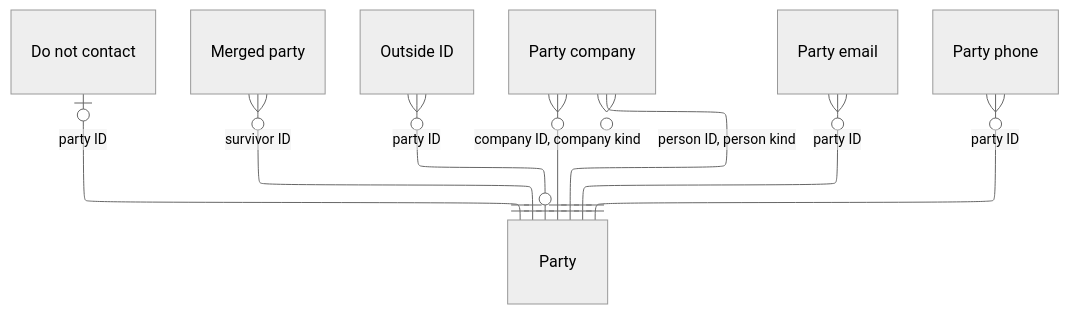
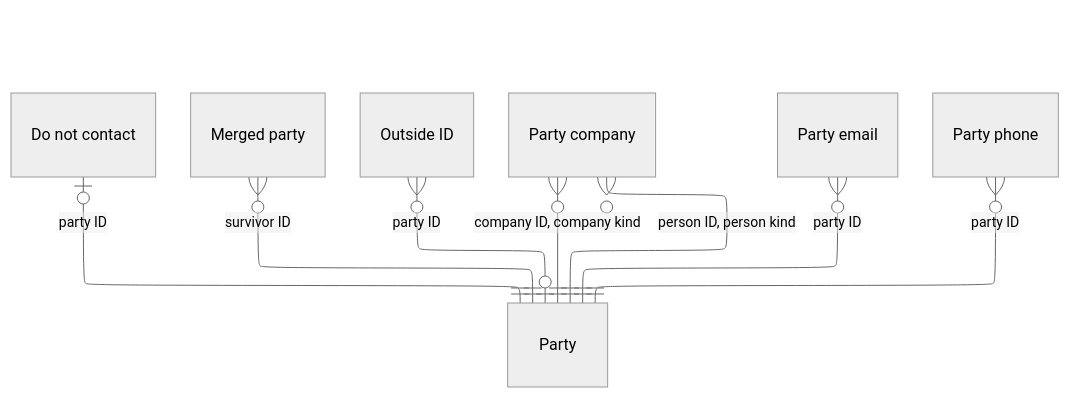
The diagram in docs/database/tables/viewpoint-people.md (DoctorCRE/doctorcre-engine), drawn with Mermaid (neutral theme) before and after one commit. The commit also changed 4 other files, not shown here.

Commit message:
Clear diagram headings and show links from Deals

````diff
--- a/docs/database/tables/viewpoint-people.md
+++ b/docs/database/tables/viewpoint-people.md
@@ -3,24 +3,26 @@
 ```mermaid
 ---
+title: "\u00a0"
 config:
   layout: elk
   er:
+    titleTopMargin: 56
     nodeSpacing: 22
     rankSpacing: 44
 ---
 erDiagram
   "Do not contact"
   "Merged party"
   "Outside ID"
   "Party"
   "Party company"
   "Party email"
   "Party phone"
   "Do not contact" |o--|| "Party" : "party ID"
   "Merged party" }o--|| "Party" : "survivor ID"
   "Outside ID" }o--o| "Party" : "party ID"
   "Party company" }o--|| "Party" : "company ID, company kind"
   "Party company" }o--|| "Party" : "person ID, person kind"
   "Party email" }o--|| "Party" : "party ID"
   "Party phone" }o--|| "Party" : "party ID"
 ```
````
